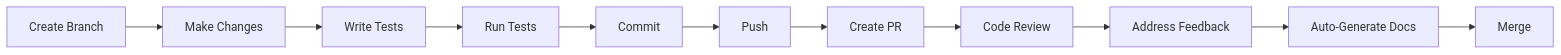
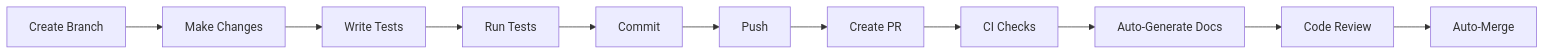
Before and after one commit to ausardcompany/alexi: the first of 3 diagrams in docs/CONTRIBUTING.md, drawn with Mermaid. The commit also changed other lines of this file and 5 other files, not shown here.

Commit message:
docs: auto-generate documentation [skip ci]

````diff
--- a/docs/CONTRIBUTING.md
+++ b/docs/CONTRIBUTING.md
@@ -92,13 +93,13 @@
 ```mermaid
 graph LR
     A[Create Branch] --> B[Make Changes]
     B --> C[Write Tests]
     C --> D[Run Tests]
     D --> E[Commit]
     E --> F[Push]
     F --> G[Create PR]
-    G --> H[Code Review]
-    H --> I[Address Feedback]
-    I --> J[Auto-Generate Docs]
-    J --> K[Merge]
+    G --> H[CI Checks]
+    H --> I[Auto-Generate Docs]
+    I --> J[Code Review]
+    J --> K[Auto-Merge]
 ```
````
